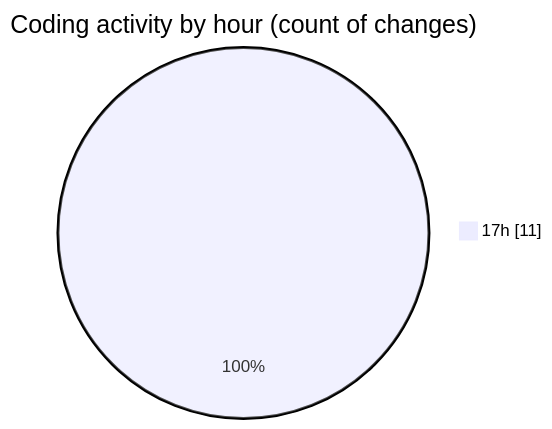
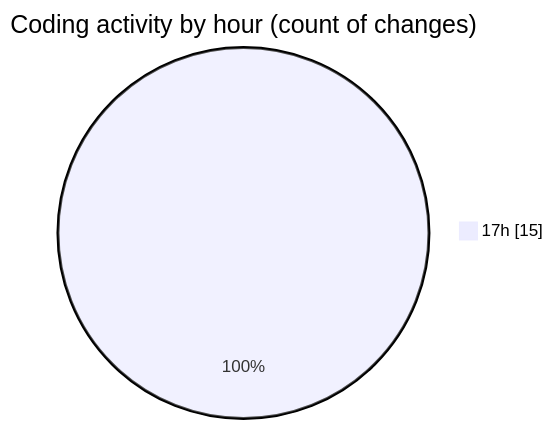
The second of 2 diagrams in 2025-08-15/rentotp/README.md (lephambinh05/code-tracking), drawn with Mermaid before and after one commit. The commit also changed other lines of this file and 1 other file, not shown here.

````diff
--- a/2025-08-15/rentotp/README.md
+++ b/2025-08-15/rentotp/README.md
@@ -32,5 +36,5 @@
 ```mermaid
 pie showData
 title Coding activity by hour (count of changes)
-"17h" : 11
+"17h" : 15
 ```
````
